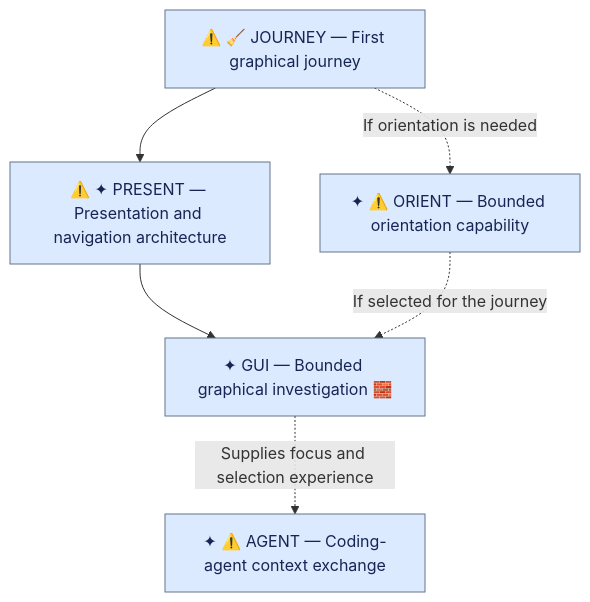
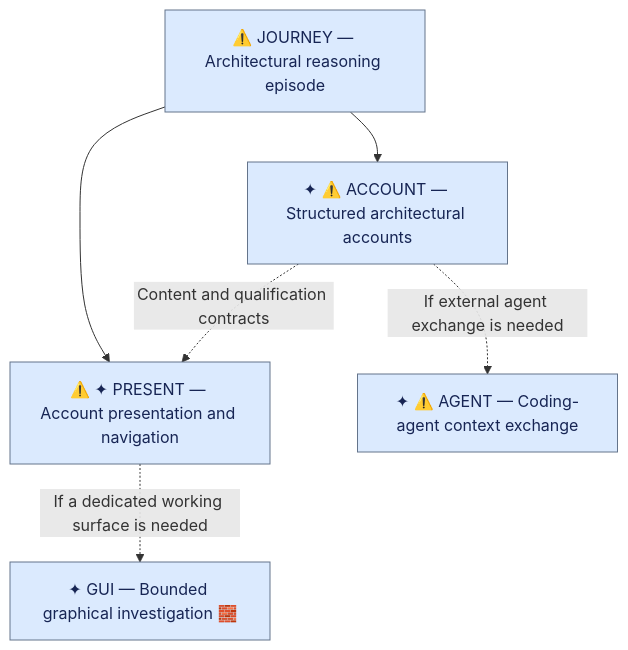
The diagram in notes/upcoming-work.md (ronen/postcode), drawn with Mermaid before and after one commit. The commit also changed other lines of this file, not shown here.

Commit message:
Reframe upcoming work around architectural accounts

````diff
--- a/notes/upcoming-work.md
+++ b/notes/upcoming-work.md
@@ -65,10 +69,10 @@
 ```mermaid
 flowchart TD
-    JOURNEY["⚠️ 🧹 JOURNEY — First graphical journey"] --> PRESENT["⚠️ ✦ PRESENT — Presentation and navigation architecture"]
-    PRESENT --> GUI["✦ GUI — Bounded graphical investigation 🧱"]
-    JOURNEY -. If orientation is needed .-> ORIENT["✦ ⚠️ ORIENT — Bounded orientation capability"]
-    ORIENT -. If selected for the journey .-> GUI
-    GUI -. Supplies focus and selection experience .-> AGENT["✦ ⚠️ AGENT — Coding-agent context exchange"]
+    JOURNEY["⚠️ JOURNEY — Architectural reasoning episode"] --> ACCOUNT["✦ ⚠️ ACCOUNT — Structured architectural accounts"]
+    JOURNEY --> PRESENT["⚠️ ✦ PRESENT — Account presentation and navigation"]
+    ACCOUNT -. Content and qualification contracts .-> PRESENT
+    PRESENT -. If a dedicated working surface is needed .-> GUI["✦ GUI — Bounded graphical investigation 🧱"]
+    ACCOUNT -. If external agent exchange is needed .-> AGENT["✦ ⚠️ AGENT — Coding-agent context exchange"]
 
     classDef default fill:#dbeafe,stroke:#64748b,color:#172554
 ```
````
